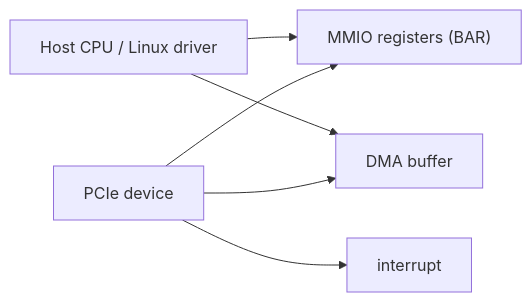
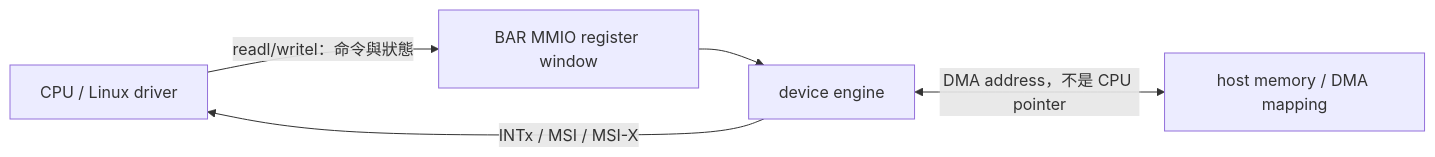
The diagram in docs/concepts/pcie-primer.md (chilung-cgu/driver-lab), drawn with Mermaid before and after one commit. The commit also changed other lines of this file, not shown here.

Commit message:
docs(pcie): rewrite primer around correct address, ordering, and completion contracts

````diff
--- a/docs/concepts/pcie-primer.md
+++ b/docs/concepts/pcie-primer.md
@@ -23,8 +23,12 @@
 ```mermaid
 flowchart LR
-    H["Host CPU / Linux driver"] --> R["MMIO registers (BAR)"]
-    D["PCIe device"] --> R
-    D --> I["interrupt"]
-    H --> B["DMA buffer"]
-    D --> B
+    CPU["CPU / Linux driver"]
+    MMIO["BAR MMIO register window"]
+    DEV["device engine"]
+    RAM["host memory / DMA mapping"]
+
+    CPU -->|"readl/writel：命令與狀態"| MMIO
+    MMIO --> DEV
+    DEV -->|"INTx / MSI / MSI-X"| CPU
+    DEV <-->|"DMA address，不是 CPU pointer"| RAM
 ```
````
